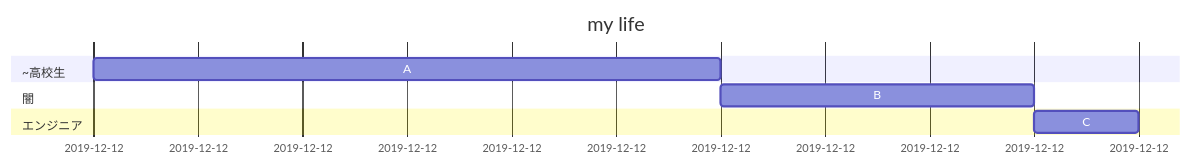
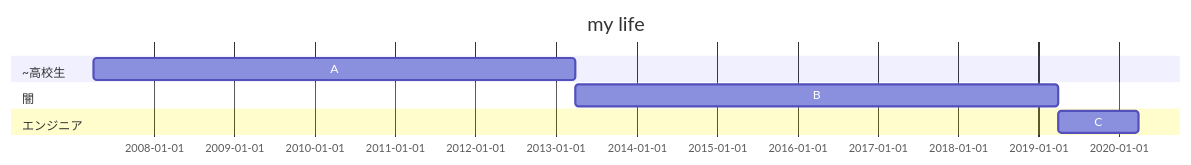
The third of 3 diagrams in _posts/2020-05-17-first-post.md (cocococoa/cocococoa.github.io), drawn with Mermaid before and after one commit. The commit also changed other lines of this file and 1 other file, not shown here.

````diff
--- a/_posts/2020-05-17-first-post.md
+++ b/_posts/2020-05-17-first-post.md
@@ -61,14 +65,14 @@
 ```mermaid
 gantt
     title my life
     dateFormat YYYY-MM-DD
 
     section ~高校生
-    A       :a1 ,2019-12-12 ,6h
+    A       :a1 ,2007-04-01 ,6y
 
     section 闇
-    B       :b1 ,after a1 ,3h
+    B       :b1 ,after a1 ,6y
 
     section エンジニア
-    C       :c1 ,after b1 ,1h
+    C       :c1 ,after b1 ,1y
 ```
````
